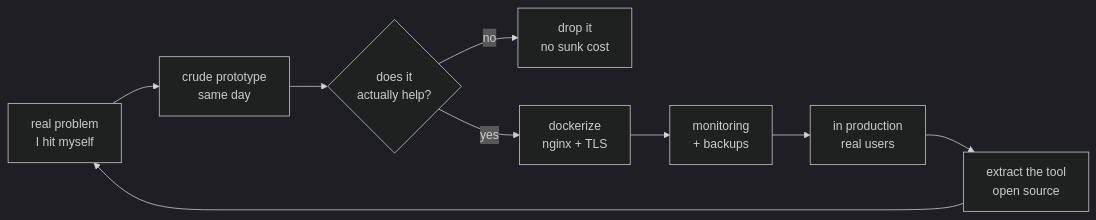
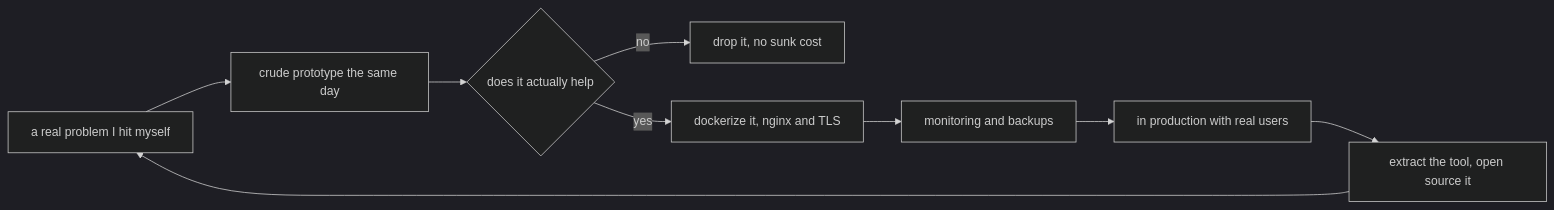
The diagram in README.md (kostya5524/kostya5524), drawn with Mermaid (dark theme) before and after one commit.

Commit message:
fix: simplify mermaid to plain node syntax

````diff
--- a/README.md
+++ b/README.md
@@ -219,11 +219,11 @@
 ```mermaid
 flowchart LR
-    A["real problem<br/>I hit myself"] --> B["crude prototype<br/>same day"]
-    B --> C{"does it<br/>actually help?"}
-    C -->|no| Z["drop it<br/>no sunk cost"]
-    C -->|yes| D["dockerize<br/>nginx + TLS"]
-    D --> E["monitoring<br/>+ backups"]
-    E --> F["in production<br/>real users"]
-    F --> G["extract the tool<br/>open source"]
+    A[a real problem I hit myself] --> B[crude prototype the same day]
+    B --> C{does it actually help}
+    C -->|no| Z[drop it, no sunk cost]
+    C -->|yes| D[dockerize it, nginx and TLS]
+    D --> E[monitoring and backups]
+    E --> F[in production with real users]
+    F --> G[extract the tool, open source it]
     G --> A
 ```
````
